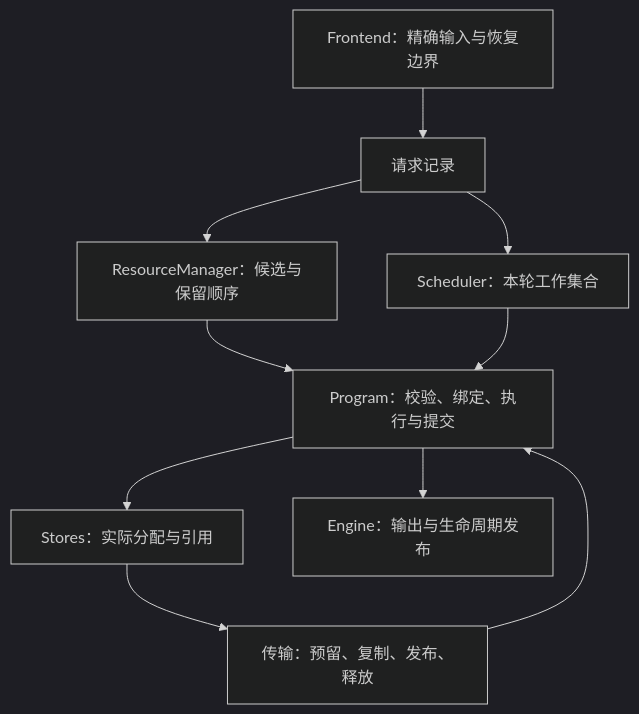
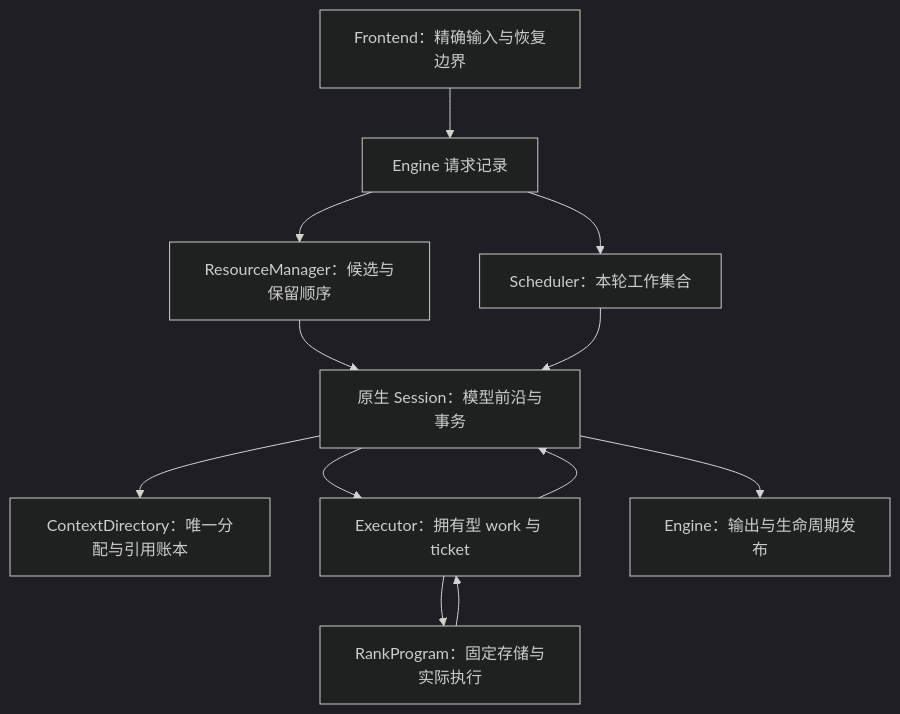
The first of 2 diagrams in docs/maintainer/resource-scheduling-and-context-cache.md (igorls/ninfer), drawn with Mermaid (dark theme) before and after one commit. The commit also changed other lines of this file and 484 other files, not shown here.

````diff
--- a/docs/maintainer/resource-scheduling-and-context-cache.md
+++ b/docs/maintainer/resource-scheduling-and-context-cache.md
@@ -37,12 +38,14 @@
 ```mermaid
 flowchart TD
-    F[Frontend：精确输入与恢复边界] --> Q[请求记录]
+    F[Frontend：精确输入与恢复边界] --> Q[Engine 请求记录]
     Q --> S[Scheduler：本轮工作集合]
     Q --> R[ResourceManager：候选与保留顺序]
-    R --> N[Program：校验、绑定、执行与提交]
+    R --> N[原生 Session：模型前沿与事务]
     S --> N
-    N --> P[Stores：实际分配与引用]
-    P --> T[传输：预留、复制、发布、释放]
-    T --> N
+    N --> D[ContextDirectory：唯一分配与引用账本]
+    N --> X[Executor：拥有型 work 与 ticket]
+    X --> P[RankProgram：固定存储与实际执行]
+    P --> X
+    X --> N
     N --> E[Engine：输出与生命周期发布]
 ```
````
